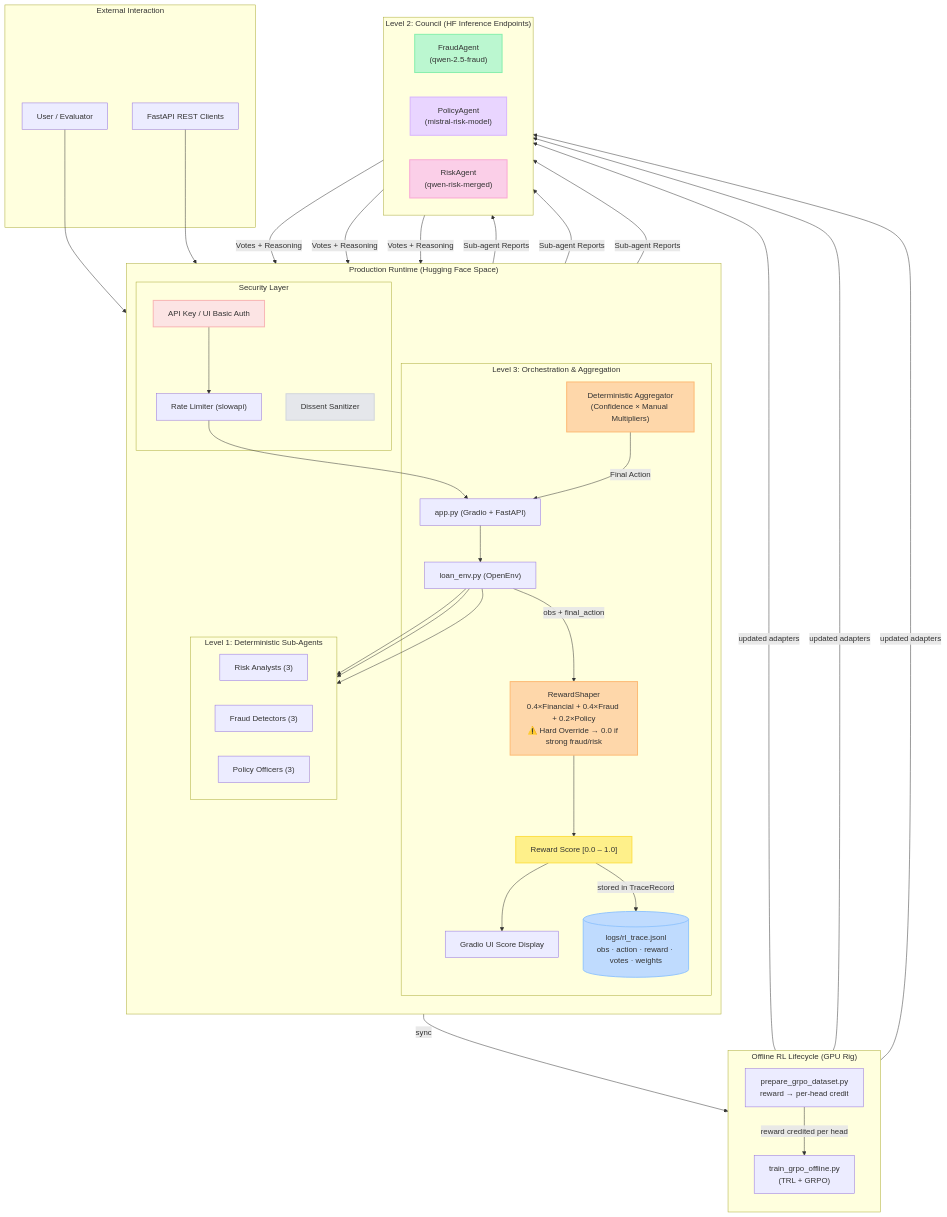
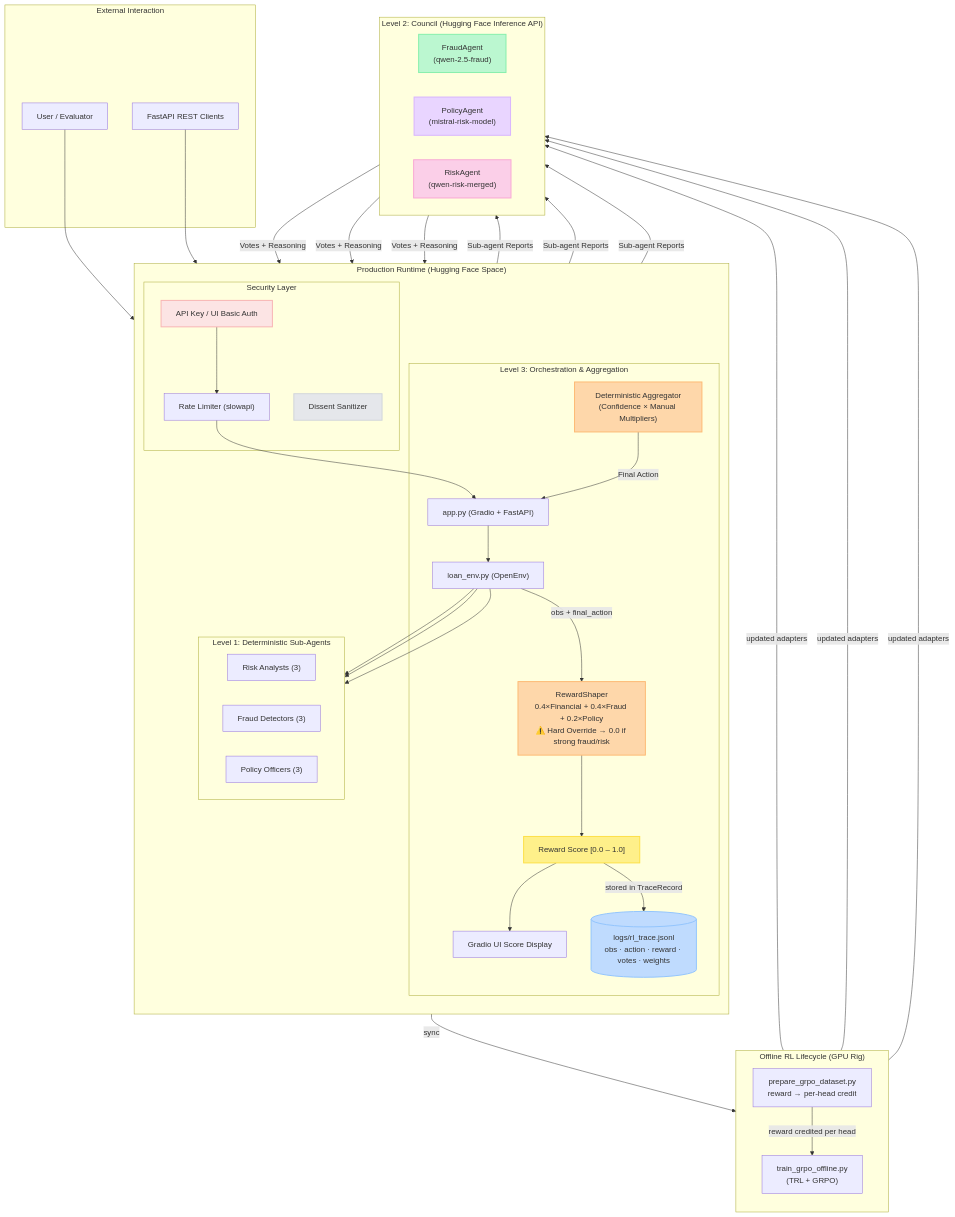
One commit to keva1ya/Metaopenenv changed the diagram in README.md. Above: the diagram before and after it, drawn with Mermaid. The commit also changed other lines of this file and 12 other files, not shown here.

````diff
--- a/README.md
+++ b/README.md
@@ -29,82 +40,82 @@
 ```mermaid
 flowchart TD
     subgraph External["External Interaction"]
         User["User / Evaluator"]
         REST["FastAPI REST Clients"]
     end
 
     subgraph Runtime["Production Runtime (Hugging Face Space)"]
         direction TB
         
         subgraph Security["Security Layer"]
             Auth["API Key / UI Basic Auth"]:::red
             DissentSanitizer["Dissent Sanitizer"]:::gray
             RateLimiter["Rate Limiter (slowapi)"]
         end
 
         subgraph L3["Level 3: Orchestration & Aggregation"]
             Aggregator["Deterministic Aggregator<br/>(Confidence × Manual Multipliers)"]:::orange
             AppPy["app.py (Gradio + FastAPI)"]
             OpenEnv["loan_env.py (OpenEnv)"]
             RewardShaper["RewardShaper<br/>0.4×Financial + 0.4×Fraud + 0.2×Policy<br/>⚠️ Hard Override → 0.0 if strong fraud/risk"]:::orange
             RewardScore["Reward Score [0.0 – 1.0]"]:::yellow
             UIDisplay["Gradio UI Score Display"]
             TraceLog[("logs/rl_trace.jsonl<br/>obs · action · reward · votes · weights")]:::blue
         end
 
         subgraph L1["Level 1: Deterministic Sub-Agents"]
             direction LR
             R_L1["Risk Analysts (3)"]
             F_L1["Fraud Detectors (3)"]
             P_L1["Policy Officers (3)"]
         end
     end
 
     subgraph OfflineRL["Offline RL Lifecycle (GPU Rig)"]
         direction TB
         PrepDataset["prepare_grpo_dataset.py<br/>reward → per-head credit"]
         TrainGRPO["train_grpo_offline.py<br/>(TRL + GRPO)"]
     end
 
-    subgraph L2["Level 2: Council (HF Inference Endpoints)"]
+    subgraph L2["Level 2: Council (Hugging Face Inference API)"]
         direction LR
         FAgent["FraudAgent<br/>(qwen-2.5-fraud)"]:::green
         PAgent["PolicyAgent<br/>(mistral-risk-model)"]:::purple
         RAgent["RiskAgent<br/>(qwen-risk-merged)"]:::pink
     end
 
     %% Connections
     User --> Auth
     REST --> Auth
     Auth --> RateLimiter
     RateLimiter --> AppPy
     
     AppPy --> OpenEnv
     OpenEnv --> R_L1 & F_L1 & P_L1
     
     R_L1 -- "Sub-agent Reports" --> RAgent
     F_L1 -- "Sub-agent Reports" --> FAgent
     P_L1 -- "Sub-agent Reports" --> PAgent
 
     RAgent & FAgent & PAgent -- "Votes + Reasoning" --> Aggregator
     Aggregator -- "Final Action" --> AppPy
     
     OpenEnv -- "obs + final_action" --> RewardShaper
     RewardShaper --> RewardScore
     RewardScore --> UIDisplay
     RewardScore -- "stored in TraceRecord" --> TraceLog
     
     TraceLog -- "sync" --> PrepDataset
     PrepDataset -- "reward credited per head" --> TrainGRPO
     TrainGRPO -- "updated adapters" --> RAgent & FAgent & PAgent
 
     %% Class Definitions
     classDef red fill:#fce4e4,stroke:#f8b4b4,stroke-width:2px,color:#333
     classDef gray fill:#e5e7eb,stroke:#d1d5db,stroke-width:2px,color:#333
     classDef orange fill:#fed7aa,stroke:#fdba74,stroke-width:2px,color:#333
     classDef yellow fill:#fef08a,stroke:#fde047,stroke-width:2px,color:#333
     classDef blue fill:#bfdbfe,stroke:#93c5fd,stroke-width:2px,color:#333
     classDef green fill:#bbf7d0,stroke:#86efac,stroke-width:2px,color:#333
     classDef purple fill:#e9d5ff,stroke:#d8b4fe,stroke-width:2px,color:#333
     classDef pink fill:#fbcfe8,stroke:#f9a8d4,stroke-width:2px,color:#333
 ```
````
